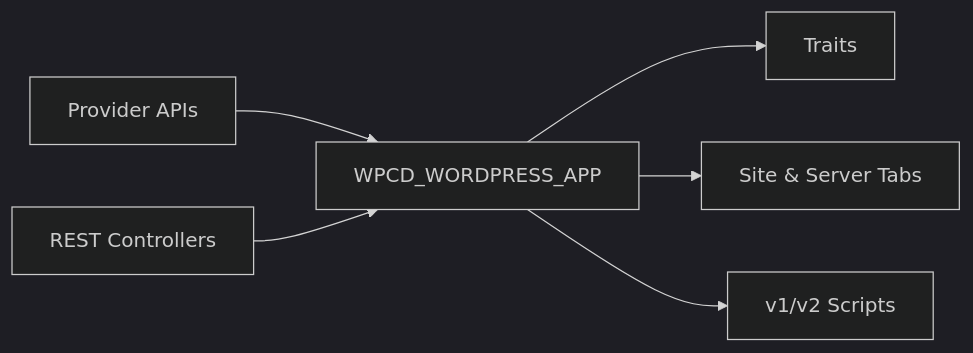
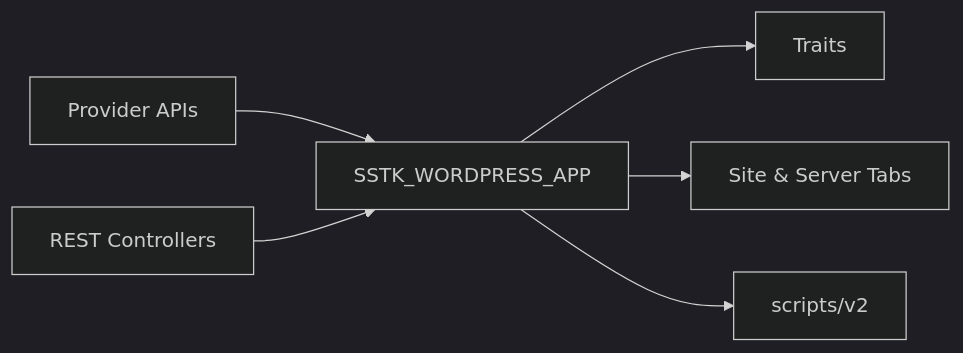
One commit to onedogsolutions/simple-stack changed the eighth of 8 diagrams in .qoder/repowiki/en/content/WordPress Application Engine/WordPress Application Engine.md. Above: the diagram before and after it, drawn with Mermaid (dark theme). The commit also changed other lines of this file and 5941 other files, not shown here.

````diff
--- a/.qoder/repowiki/en/content/WordPress Application Engine/WordPress Application Engine.md
+++ b/.qoder/repowiki/en/content/WordPress Application Engine/WordPress Application Engine.md
@@ -435,14 +431,14 @@
 ```mermaid
 graph LR
 Providers["Provider APIs"]
 RESTAPI["REST Controllers"]
-AppEngine["WPCD_WORDPRESS_APP"]
+AppEngine["SSTK_WORDPRESS_APP"]
 Traits["Traits"]
 Tabs["Site & Server Tabs"]
-Scripts["v1/v2 Scripts"]
+Scripts["scripts/v2"]
 Providers --> AppEngine
 RESTAPI --> AppEngine
 AppEngine --> Traits
 AppEngine --> Tabs
 AppEngine --> Scripts
 ```
````
